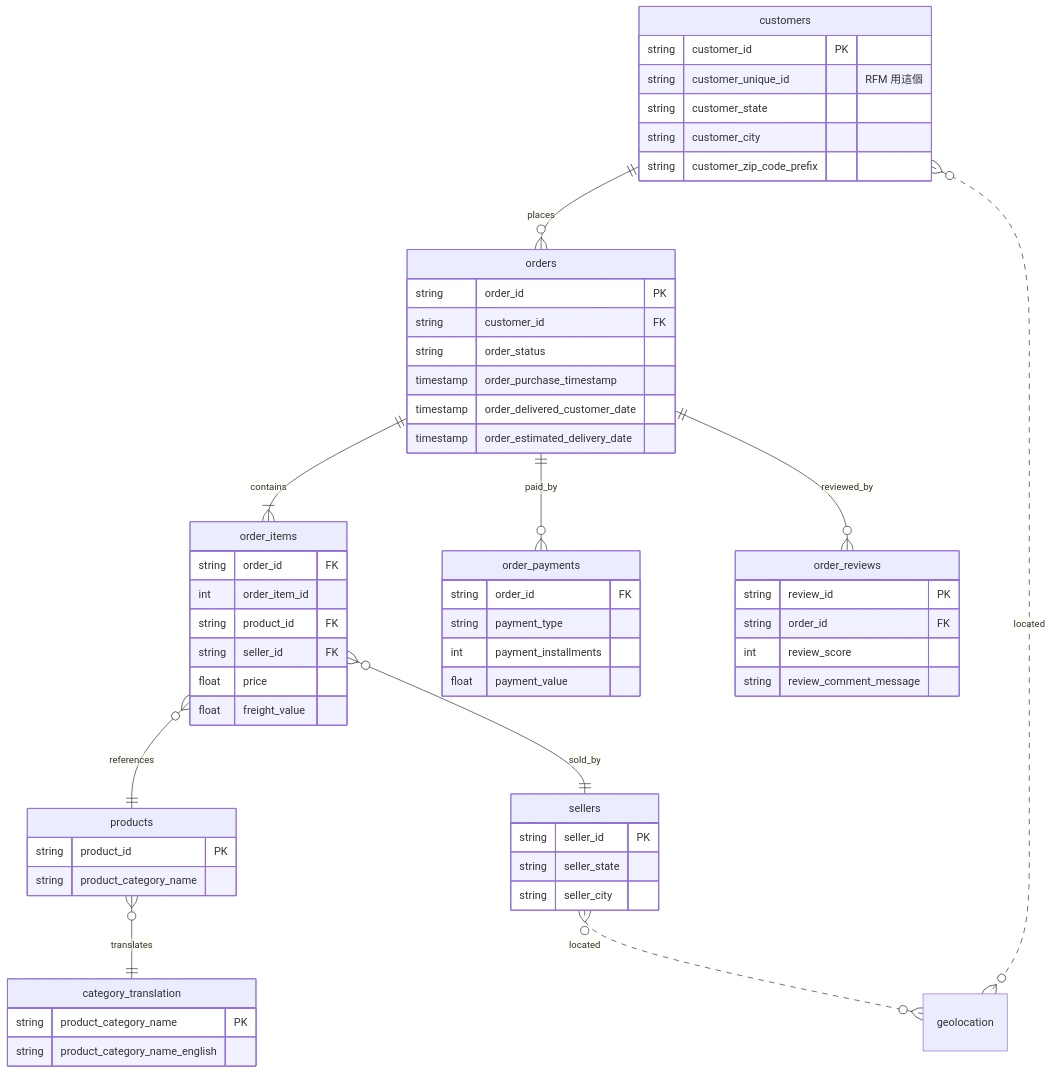
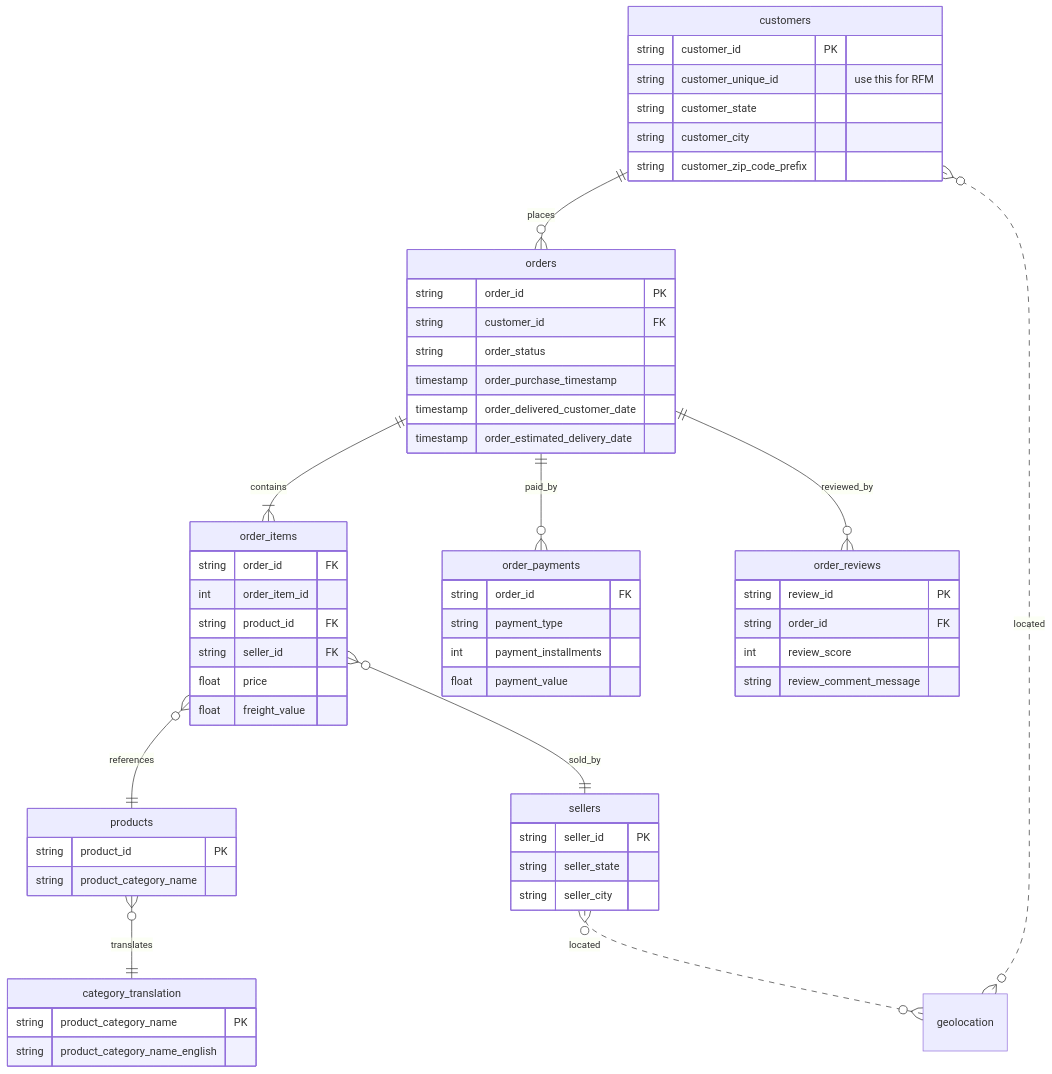
One commit to kengkeng44/olist-project changed the diagram in README.md. Above: the diagram before and after it, drawn with Mermaid. The commit also changed other lines of this file and 1 other file, not shown here.

````diff
--- a/README.md
+++ b/README.md
@@ -103,61 +105,61 @@
 ```mermaid
 erDiagram
     customers ||--o{ orders : places
     orders ||--|{ order_items : contains
     orders ||--o{ order_payments : paid_by
     orders ||--o{ order_reviews : reviewed_by
     order_items }o--|| products : references
     order_items }o--|| sellers : sold_by
     products }o--|| category_translation : translates
     customers }o..o{ geolocation : located
     sellers }o..o{ geolocation : located
 
     customers {
         string customer_id PK
-        string customer_unique_id "RFM 用這個"
+        string customer_unique_id "use this for RFM"
         string customer_state
         string customer_city
         string customer_zip_code_prefix
     }
     orders {
         string order_id PK
         string customer_id FK
         string order_status
         timestamp order_purchase_timestamp
         timestamp order_delivered_customer_date
         timestamp order_estimated_delivery_date
     }
     order_items {
         string order_id FK
         int order_item_id
         string product_id FK
         string seller_id FK
         float price
         float freight_value
     }
     order_payments {
         string order_id FK
         string payment_type
         int payment_installments
         float payment_value
     }
     order_reviews {
         string review_id PK
         string order_id FK
         int review_score
         string review_comment_message
     }
     products {
         string product_id PK
         string product_category_name
     }
     sellers {
         string seller_id PK
         string seller_state
         string seller_city
     }
     category_translation {
         string product_category_name PK
         string product_category_name_english
     }
 ```
````
